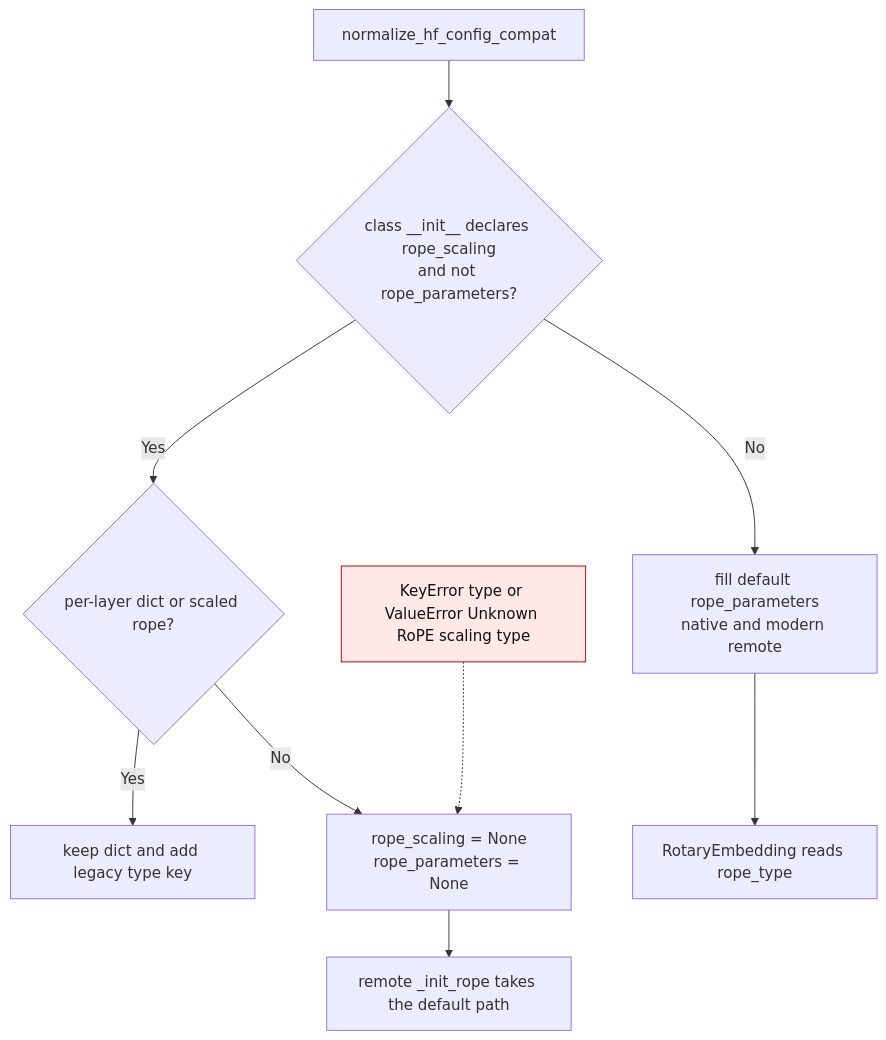
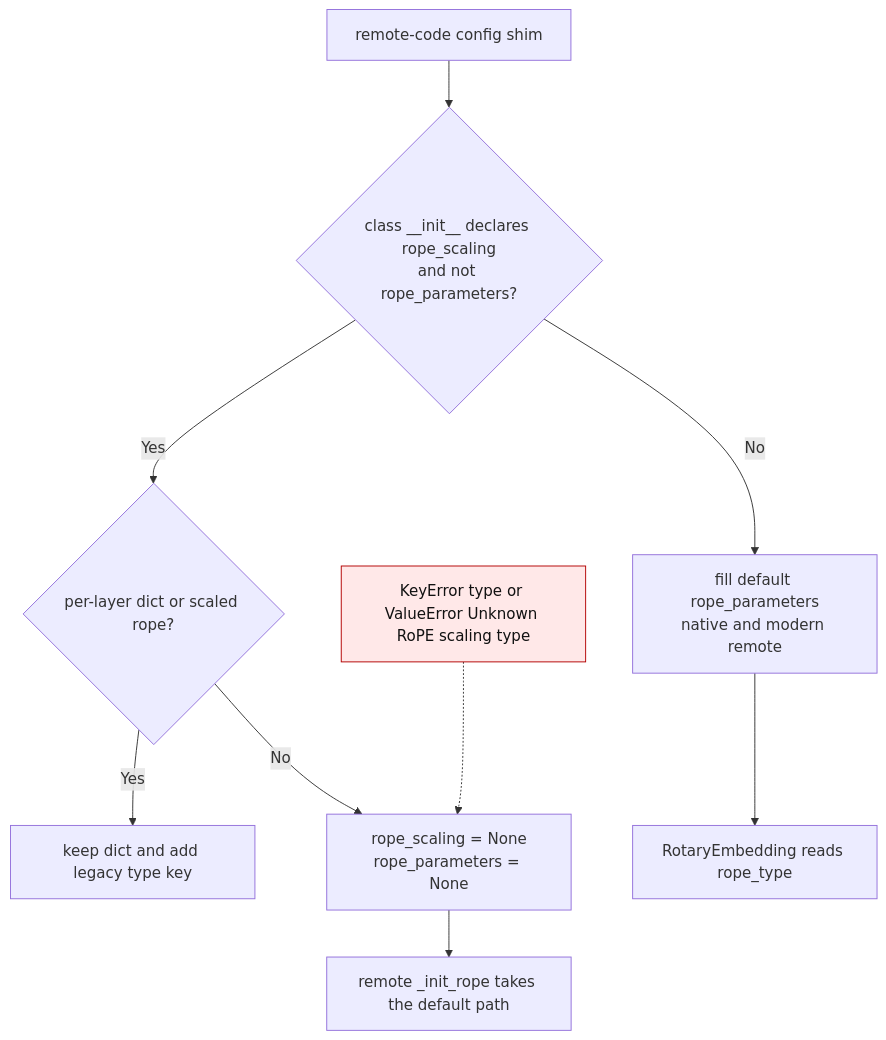
One commit to ModelCloud/GPTQModel changed the fifth of 17 diagrams in docs/transformers-5-compat.md. Above: the diagram before and after it, drawn with Mermaid. The commit also changed other lines of this file and 39 other files, not shown here.

````diff
--- a/docs/transformers-5-compat.md
+++ b/docs/transformers-5-compat.md
@@ -229,13 +234,13 @@
 ```mermaid
 flowchart TD
-    A["normalize_hf_config_compat"] --> B{"class __init__ declares rope_scaling<br/>and not rope_parameters?"}
+    A["remote-code config shim"] --> B{"class __init__ declares rope_scaling<br/>and not rope_parameters?"}
     B -- No --> C["fill default rope_parameters<br/>native and modern remote"]
     B -- Yes --> D{"per-layer dict or scaled rope?"}
     D -- Yes --> E["keep dict and add legacy type key"]
     D -- No --> F["rope_scaling = None<br/>rope_parameters = None"]
     F --> G["remote _init_rope takes the default path"]
     C --> H["RotaryEmbedding reads rope_type"]
     X["KeyError type or ValueError Unknown RoPE scaling type"] -.-> F
     classDef failure fill:#ffe8e8,stroke:#b30000,color:#111;
     class X failure;
 ```
````
